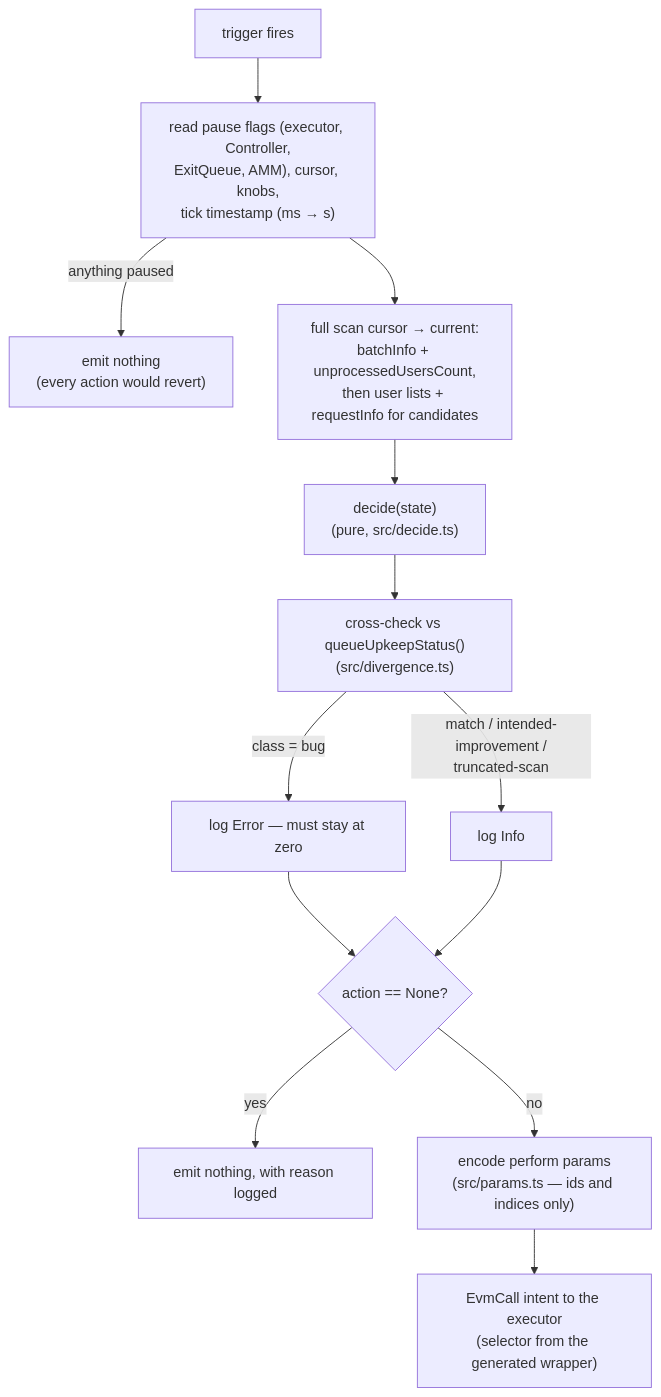
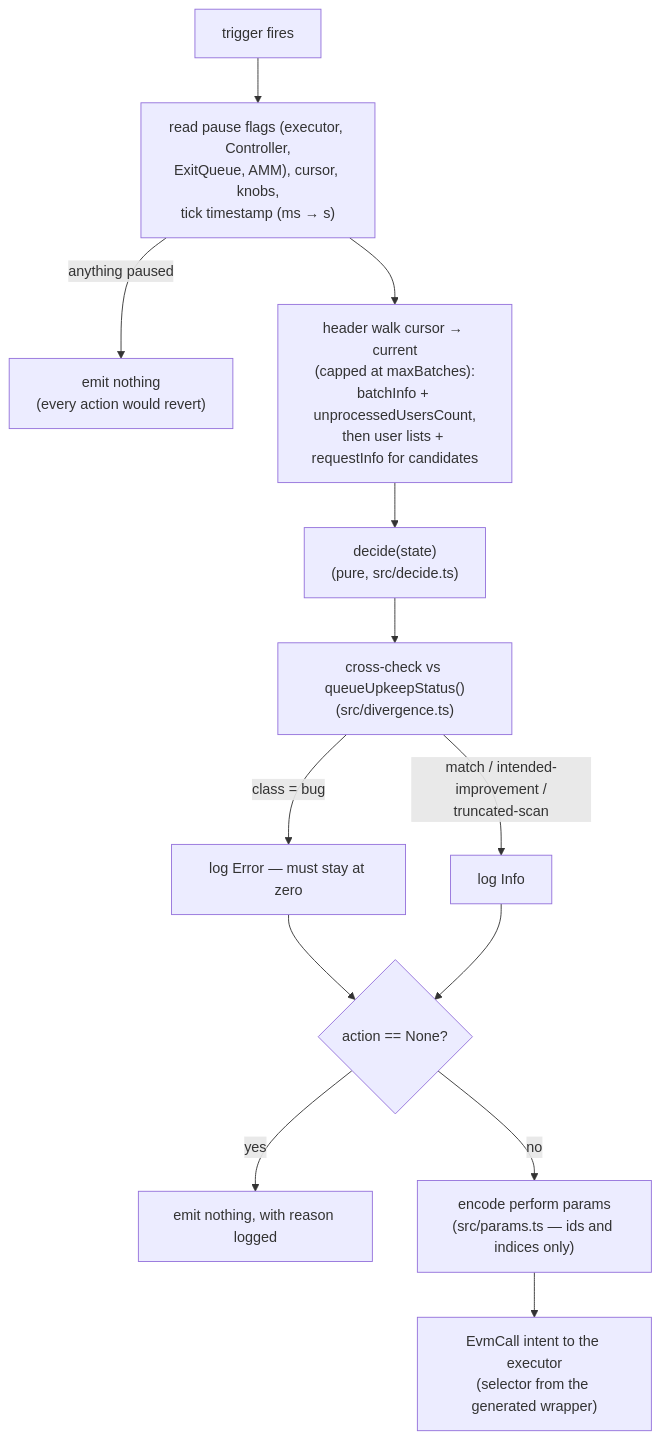
Before and after one commit to everstrat-xyz/keepers: the second of 2 diagrams in blueprints/01-system-overview.md, drawn with Mermaid. The commit also changed other lines of this file and 20 other files, not shown here.

````diff
--- a/blueprints/01-system-overview.md
+++ b/blueprints/01-system-overview.md
@@ -78,15 +76,15 @@
 ```mermaid
 flowchart TB
     T["trigger fires"] --> P["read pause flags (executor, Controller,<br/>ExitQueue, AMM), cursor, knobs,<br/>tick timestamp (ms → s)"]
     P -- "anything paused" --> NONE1["emit nothing<br/>(every action would revert)"]
-    P --> S["full scan cursor → current:<br/>batchInfo + unprocessedUsersCount,<br/>then user lists + requestInfo for candidates"]
+    P --> S["header walk cursor → current<br/>(capped at maxBatches):<br/>batchInfo + unprocessedUsersCount,<br/>then user lists + requestInfo for candidates"]
     S --> D["decide(state)<br/>(pure, src/decide.ts)"]
     D --> X["cross-check vs queueUpkeepStatus()<br/>(src/divergence.ts)"]
     X -- "class = bug" --> EL["log Error — must stay at zero"]
     X -- "match / intended-improvement /<br/>truncated-scan" --> IL["log Info"]
     EL --> NA{"action == None?"}
     IL --> NA
     NA -- "yes" --> NONE2["emit nothing, with reason logged"]
     NA -- "no" --> E["encode perform params<br/>(src/params.ts — ids and indices only)"]
     E --> OUT["EvmCall intent to the executor<br/>(selector from the generated wrapper)"]
 ```
````
